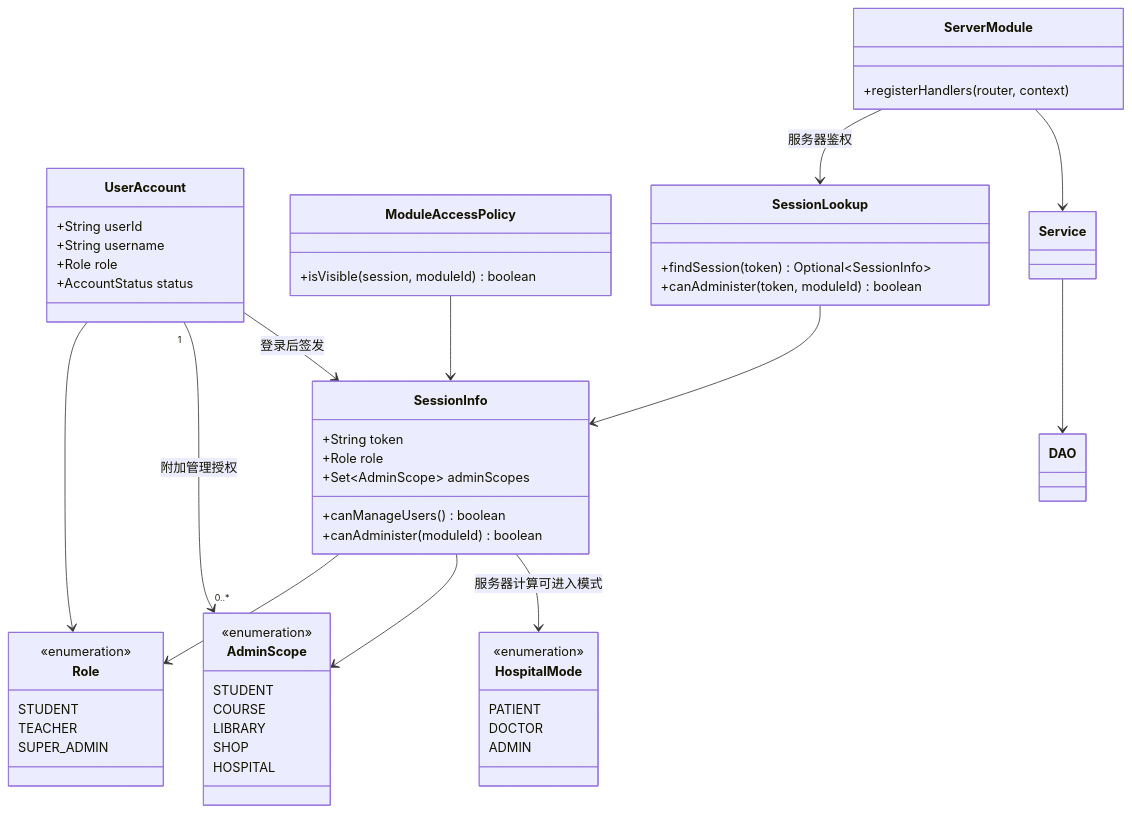
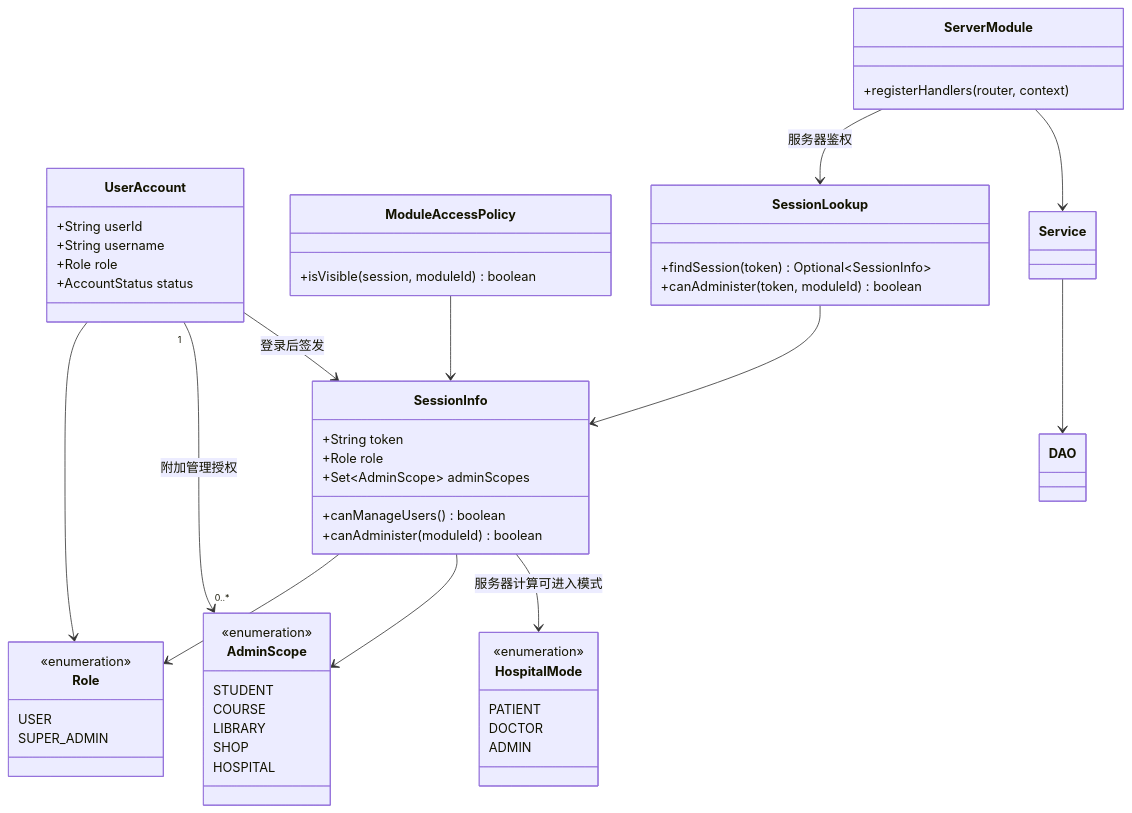
The second of 4 diagrams in docs/design/ADMIN_PERMISSION_AND_MODE.md (qlaxyy/JAVA-Campus-software), drawn with Mermaid before and after one commit. The commit also changed 19 other files, not shown here.

````diff
--- a/docs/design/ADMIN_PERMISSION_AND_MODE.md
+++ b/docs/design/ADMIN_PERMISSION_AND_MODE.md
@@ -53,60 +53,59 @@
 ```mermaid
 classDiagram
     class UserAccount {
         +String userId
         +String username
         +Role role
         +AccountStatus status
     }
     class Role {
         <<enumeration>>
-        STUDENT
-        TEACHER
+        USER
         SUPER_ADMIN
     }
     class AdminScope {
         <<enumeration>>
         STUDENT
         COURSE
         LIBRARY
         SHOP
         HOSPITAL
     }
     class SessionInfo {
         +String token
         +Role role
         +Set~AdminScope~ adminScopes
         +canManageUsers() boolean
         +canAdminister(moduleId) boolean
     }
     class ModuleAccessPolicy {
         +isVisible(session, moduleId) boolean
     }
     class HospitalMode {
         <<enumeration>>
         PATIENT
         DOCTOR
         ADMIN
     }
     class SessionLookup {
         +findSession(token) Optional~SessionInfo~
         +canAdminister(token, moduleId) boolean
     }
     class ServerModule {
         +registerHandlers(router, context)
     }
     class Service
     class DAO
 
     UserAccount --> Role
     UserAccount "1" --> "0..*" AdminScope : 附加管理授权
     UserAccount --> SessionInfo : 登录后签发
     SessionInfo --> Role
     SessionInfo --> AdminScope
     ModuleAccessPolicy --> SessionInfo
     SessionInfo --> HospitalMode : 服务器计算可进入模式
     SessionLookup --> SessionInfo
     ServerModule --> SessionLookup : 服务器鉴权
     ServerModule --> Service
     Service --> DAO
 ```
````
